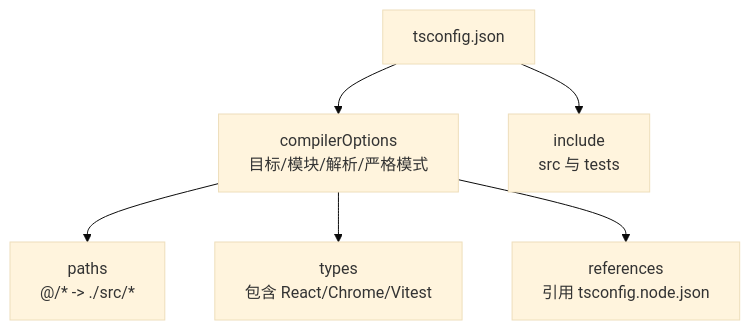
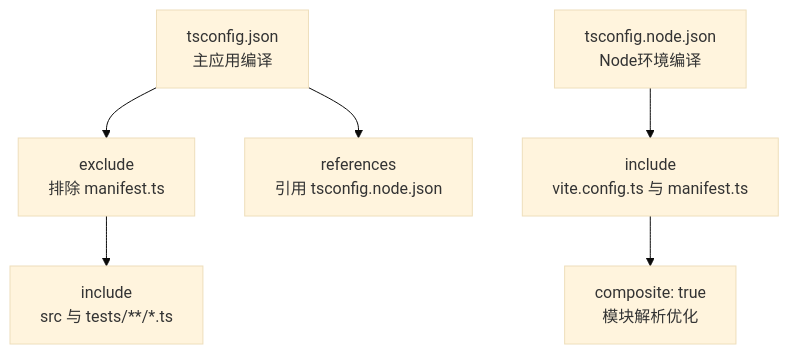
The fourth of 7 diagrams in .qoder/repowiki/zh/content/开发指南/构建配置详解.md (RadiumAg/bilibili-favorites), drawn with Mermaid (base theme) before and after one commit. The commit also changed other lines of this file and 27 other files, not shown here.

````diff
--- a/.qoder/repowiki/zh/content/开发指南/构建配置详解.md
+++ b/.qoder/repowiki/zh/content/开发指南/构建配置详解.md
@@ -178,8 +213,8 @@
 ```mermaid
 flowchart TD
-A["tsconfig.json"] --> B["compilerOptions<br/>目标/模块/解析/严格模式"]
-B --> C["paths<br/>@/* -> ./src/*"]
-B --> D["types<br/>包含 React/Chrome/Vitest"]
-B --> E["references<br/>引用 tsconfig.node.json"]
-A --> F["include<br/>src 与 tests"]
+A["tsconfig.json<br/>主应用编译"] --> B["exclude<br/>排除 manifest.ts"]
+B --> C["include<br/>src 与 tests/**/*.ts"]
+A --> D["references<br/>引用 tsconfig.node.json"]
+E["tsconfig.node.json<br/>Node环境编译"] --> F["include<br/>vite.config.ts 与 manifest.ts"]
+F --> G["composite: true<br/>模块解析优化"]
 ```
````
